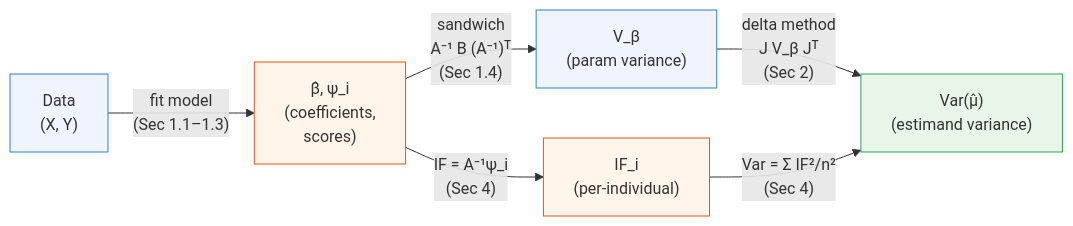
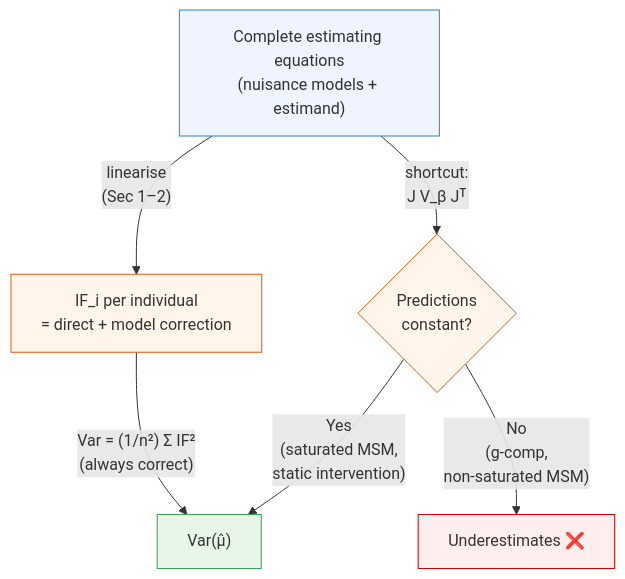
One commit to etverse/causatr changed the first of 2 diagrams in vignettes/variance-theory.qmd. Above: the diagram before and after it, drawn with Mermaid. The commit also changed other lines of this file and 5 other files, not shown here.

````diff
--- a/vignettes/variance-theory.qmd
+++ b/vignettes/variance-theory.qmd
@@ -60,16 +53,17 @@
 ```{mermaid}
 %%| label: fig-pipeline
-%%| fig-cap: "The variance estimation pipeline. Each box is a mathematical object; each arrow is an operation covered in this vignette. The sandwich gives V_β from the fitted model; the delta method propagates V_β to the causal estimand via the Jacobian J; the influence function provides an equivalent per-individual decomposition."
-flowchart LR
-  D["Data<br/>(X, Y)"] -->|"fit model<br/>(Sec 1.1–1.3)"| B["β̂, ψ_i<br/>(coefficients,<br/>scores)"]
-  B -->|"sandwich<br/>A⁻¹ B (A⁻¹)ᵀ<br/>(Sec 1.4)"| VB["V_β<br/>(param variance)"]
-  VB -->|"delta method<br/>J V_β Jᵀ<br/>(Sec 2)"| VM["Var(μ̂)<br/>(estimand variance)"]
-  B -->|"IF = A⁻¹ψ_i<br/>(Sec 4)"| IF["IF_i<br/>(per-individual)"]
-  IF -->|"Var = Σ IF²/n²<br/>(Sec 4)"| VM
+%%| fig-cap: "The variance estimation pipeline for causal effects. The influence function (IF) is the one method: write down the estimating equations for the full system (nuisance models + target estimand), compute each individual's IF, then square and sum. The delta method (J V_β J^T) is a shortcut that captures only parameter uncertainty — it's exact when predictions are constant per intervention, but underestimates otherwise."
+flowchart TB
+  EE["Complete estimating equations<br/>(nuisance models + estimand)"] -->|"linearise<br/>(Sec 1–2)"| IF["IF_i per individual<br/>= direct + model correction"]
+  IF -->|"Var = (1/n²) Σ IF²<br/>(always correct)"| VM["Var(μ̂)"]
 
-  style D fill:#f0f4ff,stroke:#3182BD
-  style B fill:#fff5eb,stroke:#E6550D
-  style VB fill:#f0f4ff,stroke:#3182BD
+  EE -->|"shortcut:<br/>J V_β Jᵀ"| SC{"Predictions<br/>constant?"}
+  SC -->|"Yes<br/>(saturated MSM,<br/>static intervention)"| VM
+  SC -->|"No<br/>(g-comp,<br/>non-saturated MSM)"| UNDER["Underestimates ❌"]
+
+  style EE fill:#f0f4ff,stroke:#3182BD
+  style IF fill:#fff5eb,stroke:#E6550D
   style VM fill:#e8f5e9,stroke:#31A354
-  style IF fill:#fff5eb,stroke:#E6550D
+  style SC fill:#fff5eb,stroke:#E6550D
+  style UNDER fill:#fee,stroke:#c00
 ```
````
